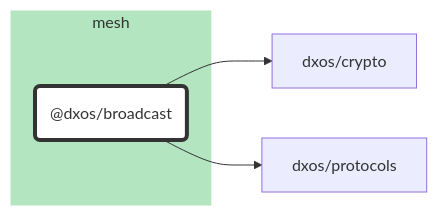
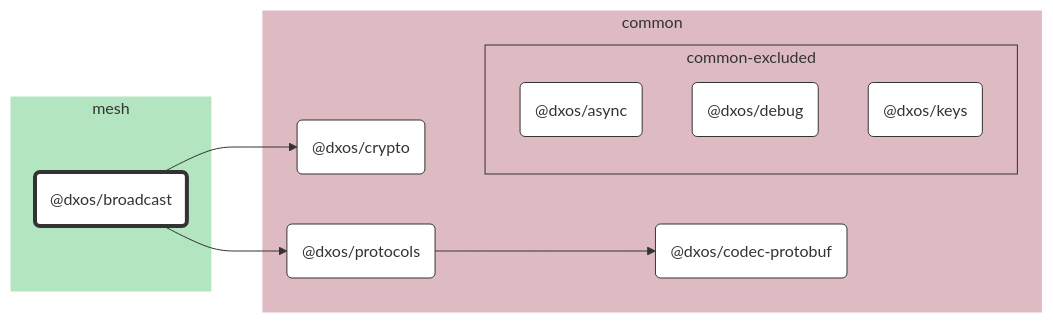
One commit to dxos/dxos changed the diagram in packages/mesh/broadcast/docs/README.md. Above: the diagram before and after it, drawn with Mermaid. The commit also changed 69 other files, not shown here.

````diff
--- a/packages/mesh/broadcast/docs/README.md
+++ b/packages/mesh/broadcast/docs/README.md
@@ -7,22 +7,43 @@
 ```mermaid
 %%{ init: {'flowchart':{'curve':'basis'}} }%%
 
 flowchart LR
 
 %% Classes
 classDef def fill:#fff,stroke:#333,stroke-width:1px
 classDef root fill:#fff,stroke:#333,stroke-width:4px
 
 %% Nodes
 
 subgraph mesh [mesh]
   style mesh fill:#b3e6c0,stroke:#fff
   dxos/broadcast("@dxos/broadcast"):::root
   click dxos/broadcast "dxos/dxos/tree/main/packages/mesh/broadcast/docs"
 end
 
+subgraph common [common]
+  style common fill:#debac2,stroke:#fff
+  dxos/codec-protobuf("@dxos/codec-protobuf"):::def
+  click dxos/codec-protobuf "dxos/dxos/tree/main/packages/common/codec-protobuf/docs"
+  dxos/crypto("@dxos/crypto"):::def
+  click dxos/crypto "dxos/dxos/tree/main/packages/common/crypto/docs"
+  dxos/protocols("@dxos/protocols"):::def
+  click dxos/protocols "dxos/dxos/tree/main/packages/common/protocols/docs"
+
+  subgraph common-excluded [common-excluded]
+    style common-excluded fill:#debac2,stroke:#333,stroke-dashed:5 5
+    dxos/async("@dxos/async"):::def
+    click dxos/async "dxos/dxos/tree/main/packages/common/async/docs"
+    dxos/debug("@dxos/debug"):::def
+    click dxos/debug "dxos/dxos/tree/main/packages/common/debug/docs"
+    dxos/keys("@dxos/keys"):::def
+    click dxos/keys "dxos/dxos/tree/main/packages/common/keys/docs"
+  end
+end
+
 %% Links
 linkStyle default stroke:#333,stroke-width:1px
 dxos/broadcast --> dxos/crypto
 dxos/broadcast --> dxos/protocols
+dxos/protocols --> dxos/codec-protobuf
 ```
````
